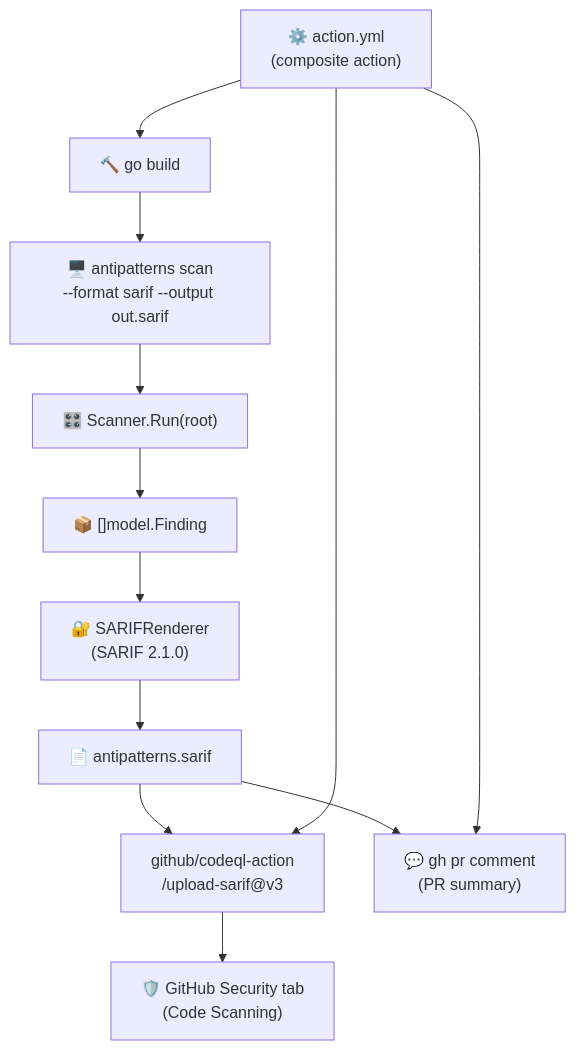
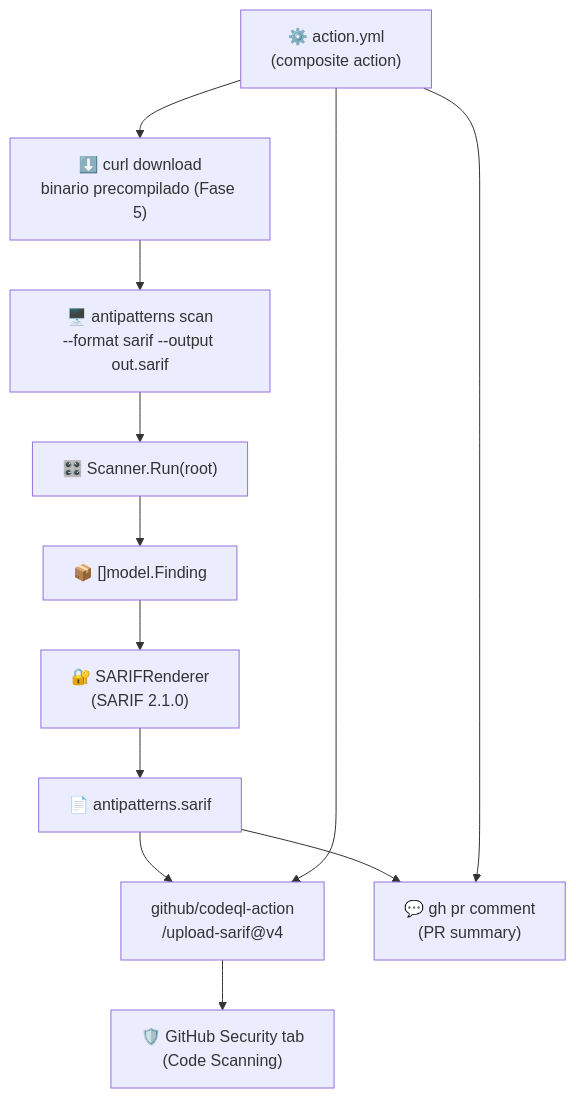
Before and after one commit to Ka0s-Klaus/klaus-antipatterns-search: the first of 2 diagrams in docs/fase-3-sarif-action.md, drawn with Mermaid. The commit also changed other lines of this file and 3 other files, not shown here.

````diff
--- a/docs/fase-3-sarif-action.md
+++ b/docs/fase-3-sarif-action.md
@@ -21,17 +21,17 @@
 ```mermaid
 graph TD
     CLI["🖥️ antipatterns scan\n--format sarif --output out.sarif"] --> SCANNER["🎛️ Scanner.Run(root)"]
     SCANNER --> FINDINGS["📦 []model.Finding"]
     FINDINGS --> SARIF["🔐 SARIFRenderer\n(SARIF 2.1.0)"]
     SARIF --> FILE["📄 antipatterns.sarif"]
 
-    FILE --> CODEQL["github/codeql-action\n/upload-sarif@v3"]
+    FILE --> CODEQL["github/codeql-action\n/upload-sarif@v4"]
     CODEQL --> SECURITY["🛡️ GitHub Security tab\n(Code Scanning)"]
 
     FILE --> COMMENT["💬 gh pr comment\n(PR summary)"]
 
-    ACTION["⚙️ action.yml\n(composite action)"] --> BUILD["🔨 go build"]
-    BUILD --> CLI
+    ACTION["⚙️ action.yml\n(composite action)"] --> DL["⬇️ curl download\nbinario precompilado (Fase 5)"]
+    DL --> CLI
     ACTION --> CODEQL
     ACTION --> COMMENT
 ```
````
